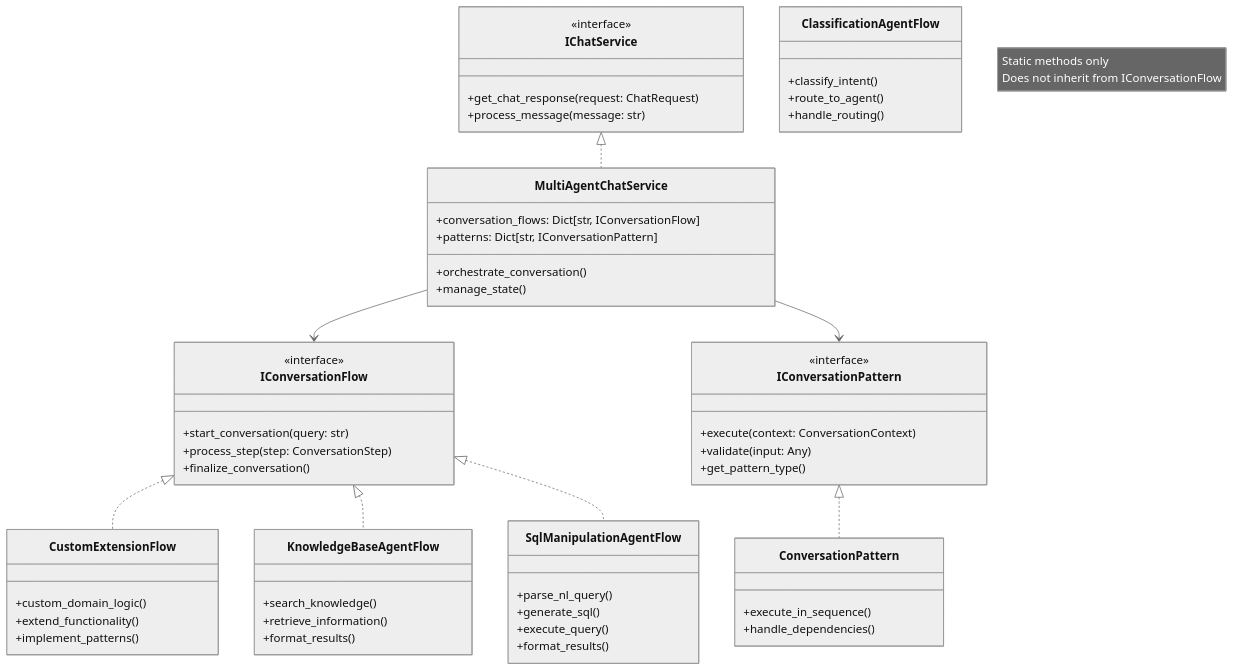
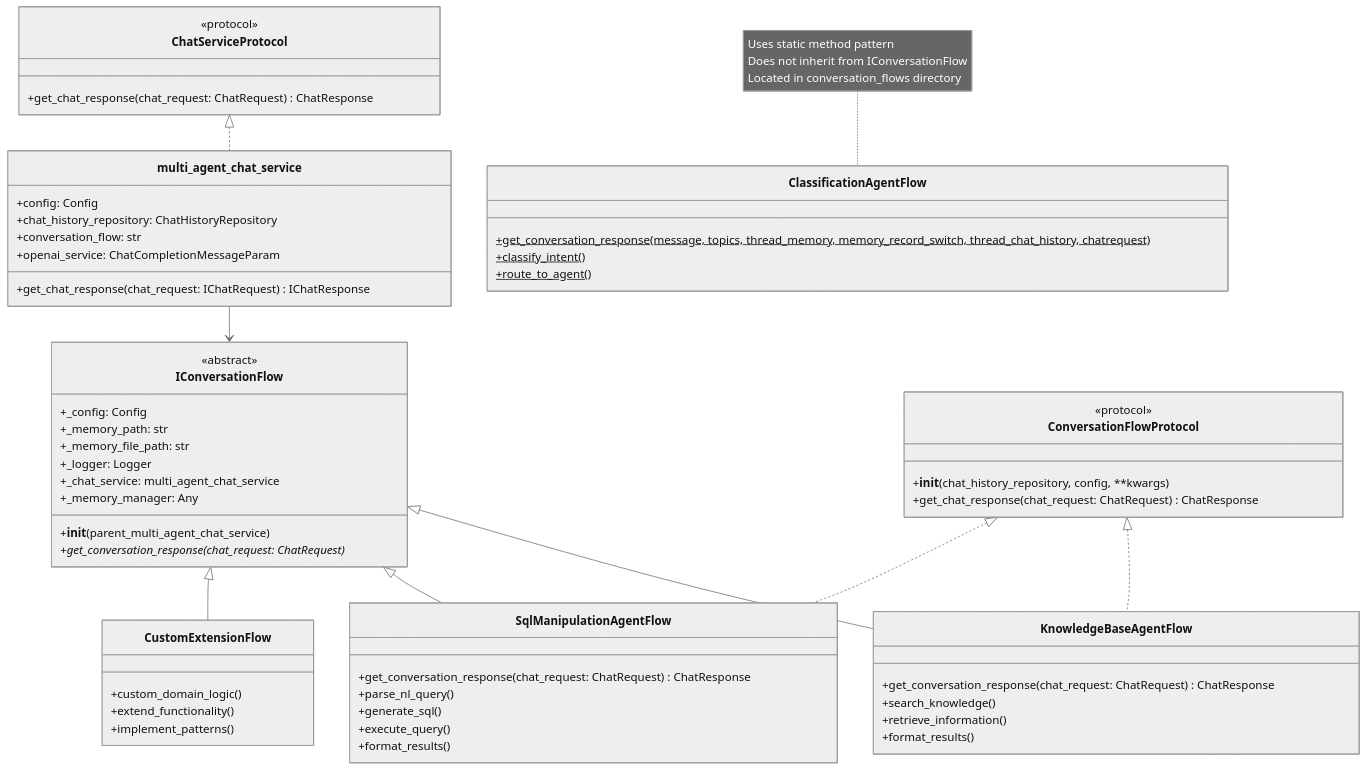
One commit to the-ingenious-dark-knight/Insight_Ingenious changed the ninth of 13 diagrams in docs/architecture/README.md. Above: the diagram before and after it, drawn with Mermaid (neutral theme). The commit also changed other lines of this file and 17 other files, not shown here.

````diff
--- a/docs/architecture/README.md
+++ b/docs/architecture/README.md
@@ -456,70 +464,72 @@
 ```mermaid
 classDiagram
-    note for ClassificationAgent "Static methods only
-    Does not inherit from IConversationFlow"
-    class IConversationPattern {
-        <<interface>>
-        +execute(context: ConversationContext)
-        +validate(input: Any)
-        +get_pattern_type()
+    note for ClassificationAgentFlow "Uses static method pattern
+    Does not inherit from IConversationFlow
+    Located in conversation_flows directory"
+    
+    class IConversationFlow {
+        <<abstract>>
+        +_config: Config
+        +_memory_path: str
+        +_memory_file_path: str
+        +_logger: Logger
+        +_chat_service: multi_agent_chat_service
+        +_memory_manager: Any
+        +__init__(parent_multi_agent_chat_service)
+        +get_conversation_response(chat_request: ChatRequest)*
     }
 
-    class IConversationFlow {
-        <<interface>>
-        +start_conversation(query: str)
-        +process_step(step: ConversationStep)
-        +finalize_conversation()
+    class ChatServiceProtocol {
+        <<protocol>>
+        +get_chat_response(chat_request: ChatRequest) ChatResponse
     }
 
-    class IChatService {
-        <<interface>>
-        +get_chat_response(request: ChatRequest)
-        +process_message(message: str)
+    class ConversationFlowProtocol {
+        <<protocol>>
+        +__init__(chat_history_repository, config, **kwargs)
+        +get_chat_response(chat_request: ChatRequest) ChatResponse
     }
 
+    class multi_agent_chat_service {
+        +config: Config
+        +chat_history_repository: ChatHistoryRepository
+        +conversation_flow: str
+        +openai_service: ChatCompletionMessageParam
+        +get_chat_response(chat_request: IChatRequest) IChatResponse
+    }
+
+    class KnowledgeBaseAgentFlow {
+        +get_conversation_response(chat_request: ChatRequest) ChatResponse
+        +search_knowledge()
+        +retrieve_information()
+        +format_results()
+    }
+
+    class SqlManipulationAgentFlow {
+        +get_conversation_response(chat_request: ChatRequest) ChatResponse
+        +parse_nl_query()
+        +generate_sql()
+        +execute_query()
+        +format_results()
+    }
+
+    class ClassificationAgentFlow {
+        +get_conversation_response(message, topics, thread_memory, memory_record_switch, thread_chat_history, chatrequest)$
+        +classify_intent()$
+        +route_to_agent()$
+    }
 
     class CustomExtensionFlow {
         +custom_domain_logic()
         +extend_functionality()
         +implement_patterns()
     }
 
-    class KnowledgeBaseAgentFlow {
-        +search_knowledge()
-        +retrieve_information()
-        +format_results()
-    }
-
-    class SqlManipulationAgentFlow {
-        +parse_nl_query()
-        +generate_sql()
-        +execute_query()
-        +format_results()
-    }
-
-    class MultiAgentChatService {
-        +conversation_flows: Dict[str, IConversationFlow]
-        +patterns: Dict[str, IConversationPattern]
-        +orchestrate_conversation()
-        +manage_state()
-    }
-
-    class ConversationPattern {
-        +execute_in_sequence()
-        +handle_dependencies()
-    }
-
-    class ClassificationAgentFlow {
-        +classify_intent()
-        +route_to_agent()
-        +handle_routing()
-    }
-
-    IConversationFlow <|.. CustomExtensionFlow
-    IConversationFlow <|.. KnowledgeBaseAgentFlow
-    IConversationFlow <|.. SqlManipulationAgentFlow
-    IConversationPattern <|.. ConversationPattern
-    IChatService <|.. MultiAgentChatService
-    MultiAgentChatService --> IConversationFlow
-    MultiAgentChatService --> IConversationPattern
+    IConversationFlow <|-- KnowledgeBaseAgentFlow
+    IConversationFlow <|-- SqlManipulationAgentFlow
+    IConversationFlow <|-- CustomExtensionFlow
+    ChatServiceProtocol <|.. multi_agent_chat_service
+    ConversationFlowProtocol <|.. KnowledgeBaseAgentFlow
+    ConversationFlowProtocol <|.. SqlManipulationAgentFlow
+    multi_agent_chat_service --> IConversationFlow
 ```
````
